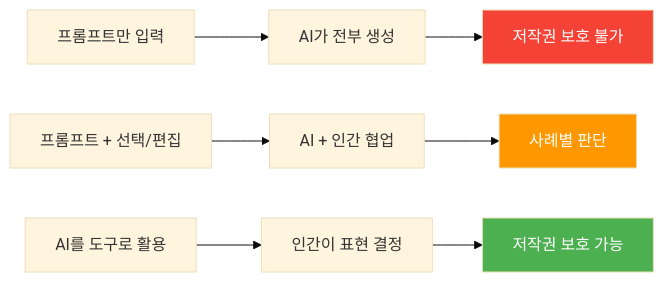
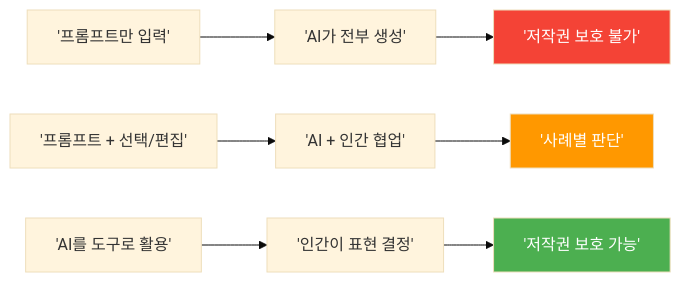
Before and after one commit to jsonpassion/forge-tutorial-promptcanvas: the first of 3 diagrams in 12-ch12-실전-포트폴리오-프로젝트/04-04-ai-비주얼의-저작권윤리상업적-활용.md, drawn with Mermaid (base theme). The commit also changed other lines of this file and 63 other files, not shown here.

````diff
--- a/12-ch12-실전-포트폴리오-프로젝트/04-04-ai-비주얼의-저작권윤리상업적-활용.md
+++ b/12-ch12-실전-포트폴리오-프로젝트/04-04-ai-비주얼의-저작권윤리상업적-활용.md
@@ -40,15 +17,15 @@
 ```mermaid
 flowchart LR
-    A["프롬프트만 입력"] --> B["AI가 전부 생성"]
-    B --> C["저작권 보호 불가"]
-    
-    D["프롬프트 + 선택/편집"] --> E["AI + 인간 협업"]
-    E --> F["사례별 판단"]
-    
-    G["AI를 도구로 활용"] --> H["인간이 표현 결정"]
-    H --> I["저작권 보호 가능"]
-    
+    A['프롬프트만 입력'] --> B['AI가 전부 생성']
+    B --> C['저작권 보호 불가']
+
+    D['프롬프트 + 선택/편집'] --> E['AI + 인간 협업']
+    E --> F['사례별 판단']
+
+    G['AI를 도구로 활용'] --> H['인간이 표현 결정']
+    H --> I['저작권 보호 가능']
+
     style C fill:#F44336,color:#fff
     style F fill:#FF9800,color:#fff
     style I fill:#4CAF50,color:#fff
 ```
````
